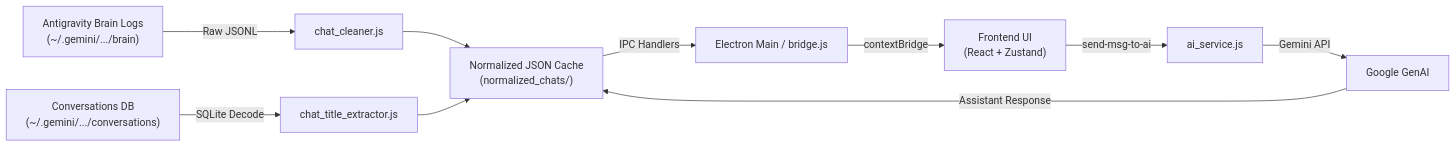
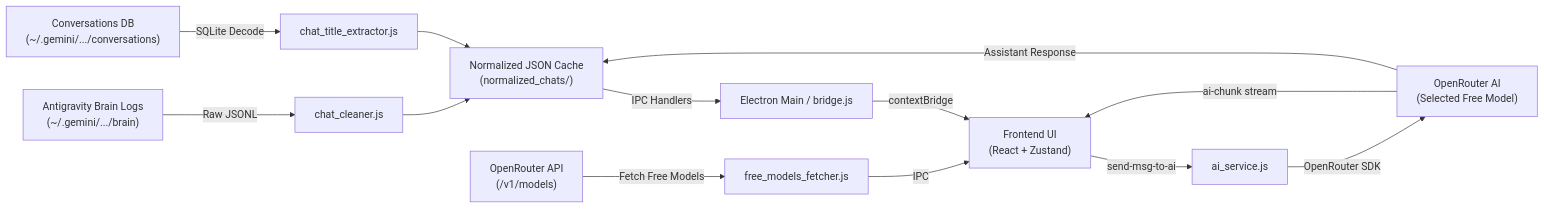
One commit to FaizaTasneeem/antigravity_unified_chat_hub changed the diagram in README.md. Above: the diagram before and after it, drawn with Mermaid. The commit also changed other lines of this file and 1 other file, not shown here.

Commit message:
docs: update README for OpenRouter migration and streaming architecture

````diff
--- a/README.md
+++ b/README.md
@@ -142,12 +149,15 @@
 ```mermaid
 flowchart LR
     A["Antigravity Brain Logs<br/>(~/.gemini/.../brain)"] -->|Raw JSONL| B[chat_cleaner.js]
     C["Conversations DB<br/>(~/.gemini/.../conversations)"] -->|SQLite Decode| D[chat_title_extractor.js]
     B --> E["Normalized JSON Cache<br/>(normalized_chats/)"]
     D --> E
     E -->|IPC Handlers| F[Electron Main / bridge.js]
     F -->|contextBridge| G["Frontend UI<br/>(React + Zustand)"]
+    J["OpenRouter API<br/>(/v1/models)"] -->|Fetch Free Models| K[free_models_fetcher.js]
+    K -->|IPC| G
     G -->|send-msg-to-ai| H[ai_service.js]
-    H -->|Gemini API| I[Google GenAI]
+    H -->|OpenRouter SDK| I["OpenRouter AI<br/>(Selected Free Model)"]
     I -->|Assistant Response| E
+    I -->|ai-chunk stream| G
 ```
````
